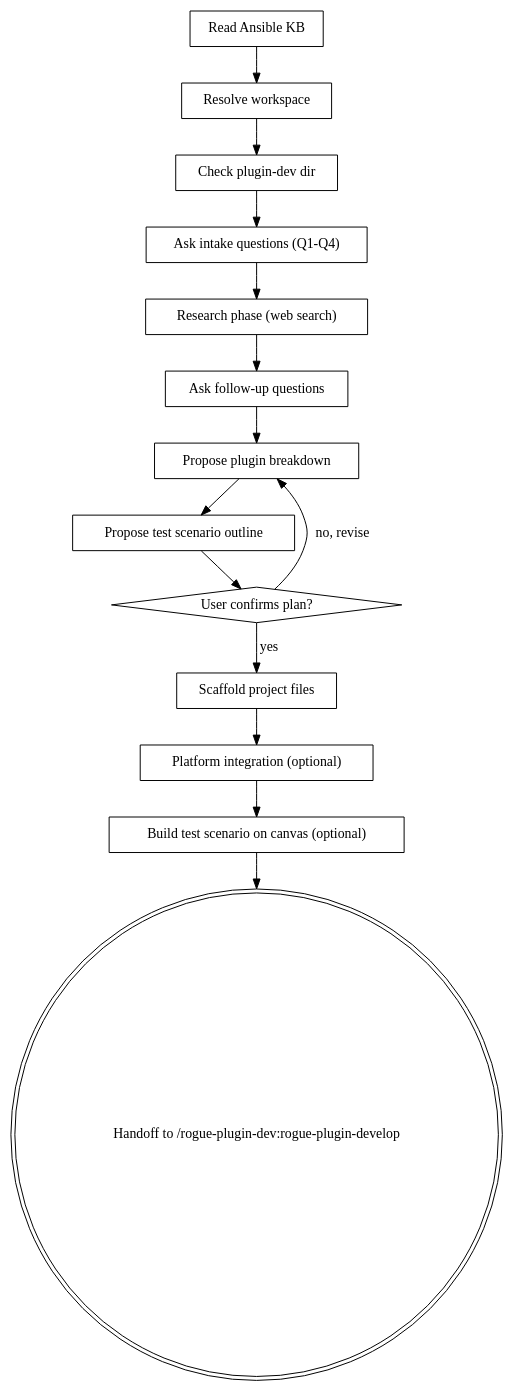
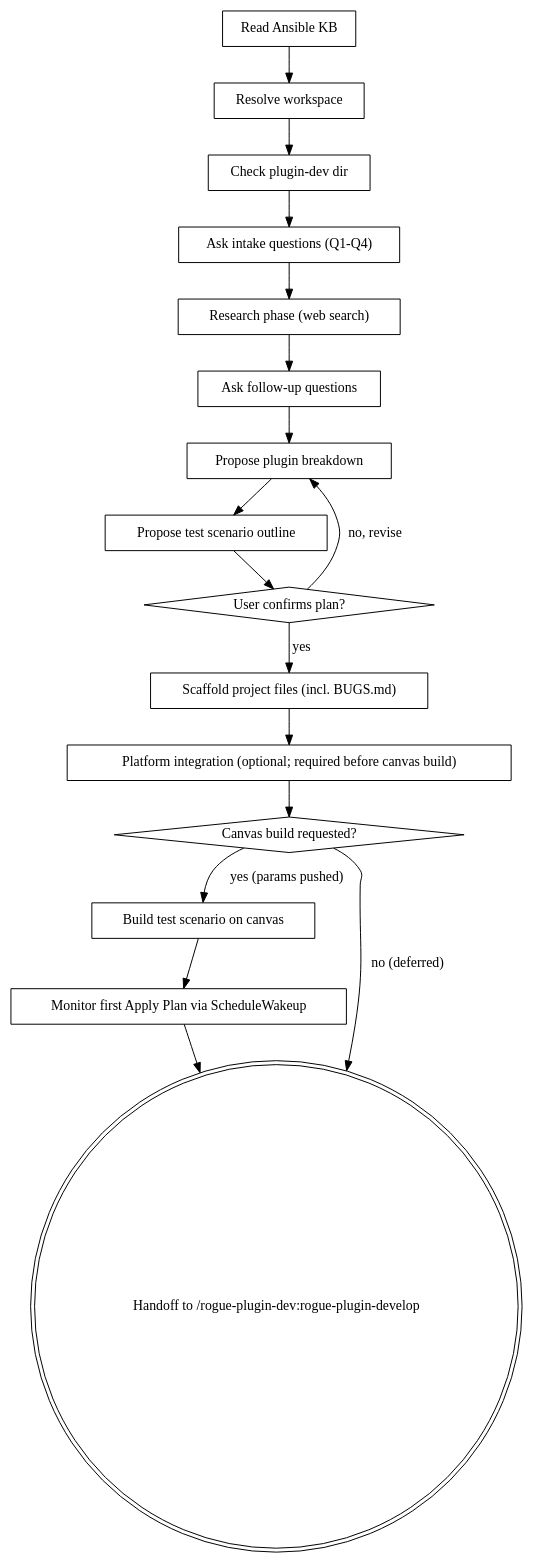
One commit to rogue-labs-cyber/rogue-arena-mcp changed the diagram in plugins/rogue-plugin-dev/skills/rogue-plugin-brainstorm/SKILL.md. Above: the diagram before and after it, drawn with Graphviz. The commit also changed other lines of this file and 13 other files, not shown here.

````diff
--- a/plugins/rogue-plugin-dev/skills/rogue-plugin-brainstorm/SKILL.md
+++ b/plugins/rogue-plugin-dev/skills/rogue-plugin-brainstorm/SKILL.md
@@ -122,31 +136,36 @@
 ```dot
 digraph brainstorm {
     "Read Ansible KB" [shape=box];
     "Resolve workspace" [shape=box];
     "Check plugin-dev dir" [shape=box];
     "Ask intake questions (Q1-Q4)" [shape=box];
     "Research phase (web search)" [shape=box];
     "Ask follow-up questions" [shape=box];
     "Propose plugin breakdown" [shape=box];
     "Propose test scenario outline" [shape=box];
     "User confirms plan?" [shape=diamond];
-    "Scaffold project files" [shape=box];
-    "Platform integration (optional)" [shape=box];
-    "Build test scenario on canvas (optional)" [shape=box];
+    "Scaffold project files (incl. BUGS.md)" [shape=box];
+    "Platform integration (optional; required before canvas build)" [shape=box];
+    "Canvas build requested?" [shape=diamond];
+    "Build test scenario on canvas" [shape=box];
+    "Monitor first Apply Plan via ScheduleWakeup" [shape=box];
     "Handoff to /rogue-plugin-dev:rogue-plugin-develop" [shape=doublecircle];
 
     "Read Ansible KB" -> "Resolve workspace";
     "Resolve workspace" -> "Check plugin-dev dir";
     "Check plugin-dev dir" -> "Ask intake questions (Q1-Q4)";
     "Ask intake questions (Q1-Q4)" -> "Research phase (web search)";
     "Research phase (web search)" -> "Ask follow-up questions";
     "Ask follow-up questions" -> "Propose plugin breakdown";
     "Propose plugin breakdown" -> "Propose test scenario outline";
     "Propose test scenario outline" -> "User confirms plan?";
     "User confirms plan?" -> "Propose plugin breakdown" [label="no, revise"];
-    "User confirms plan?" -> "Scaffold project files" [label="yes"];
-    "Scaffold project files" -> "Platform integration (optional)";
-    "Platform integration (optional)" -> "Build test scenario on canvas (optional)";
-    "Build test scenario on canvas (optional)" -> "Handoff to /rogue-plugin-dev:rogue-plugin-develop";
+    "User confirms plan?" -> "Scaffold project files (incl. BUGS.md)" [label="yes"];
+    "Scaffold project files (incl. BUGS.md)" -> "Platform integration (optional; required before canvas build)";
+    "Platform integration (optional; required before canvas build)" -> "Canvas build requested?";
+    "Canvas build requested?" -> "Build test scenario on canvas" [label="yes (params pushed)"];
+    "Canvas build requested?" -> "Handoff to /rogue-plugin-dev:rogue-plugin-develop" [label="no (deferred)"];
+    "Build test scenario on canvas" -> "Monitor first Apply Plan via ScheduleWakeup";
+    "Monitor first Apply Plan via ScheduleWakeup" -> "Handoff to /rogue-plugin-dev:rogue-plugin-develop";
 }
 ```
````
